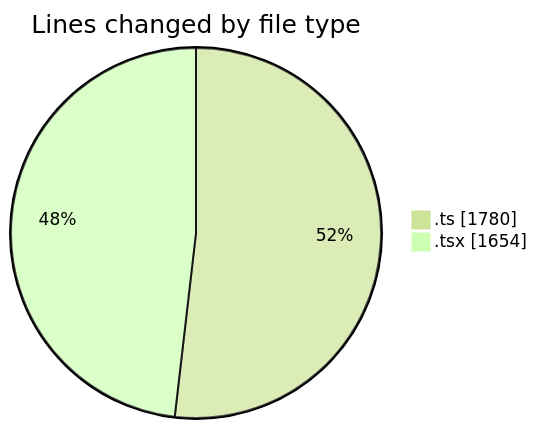
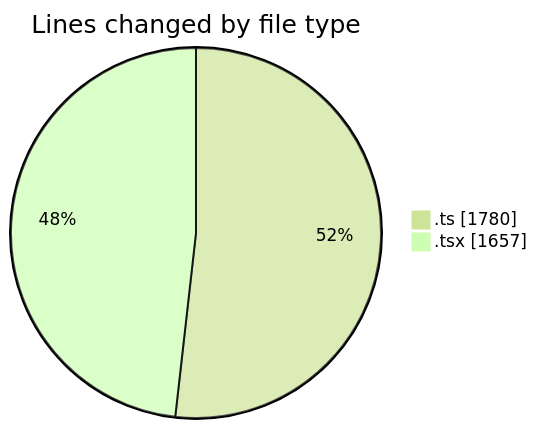
One commit to JenPaints/code-tracking changed the first of 2 diagrams in 2025-06-22/archive/README.md. Above: the diagram before and after it, drawn with Mermaid (forest theme). The commit also changed other lines of this file and 1 other file, not shown here.

````diff
--- a/2025-06-22/archive/README.md
+++ b/2025-06-22/archive/README.md
@@ -26,6 +26,6 @@
 ```mermaid
 pie showData
 title Lines changed by file type
 ".ts" : 1780
-".tsx" : 1654
+".tsx" : 1657
 ```
````
